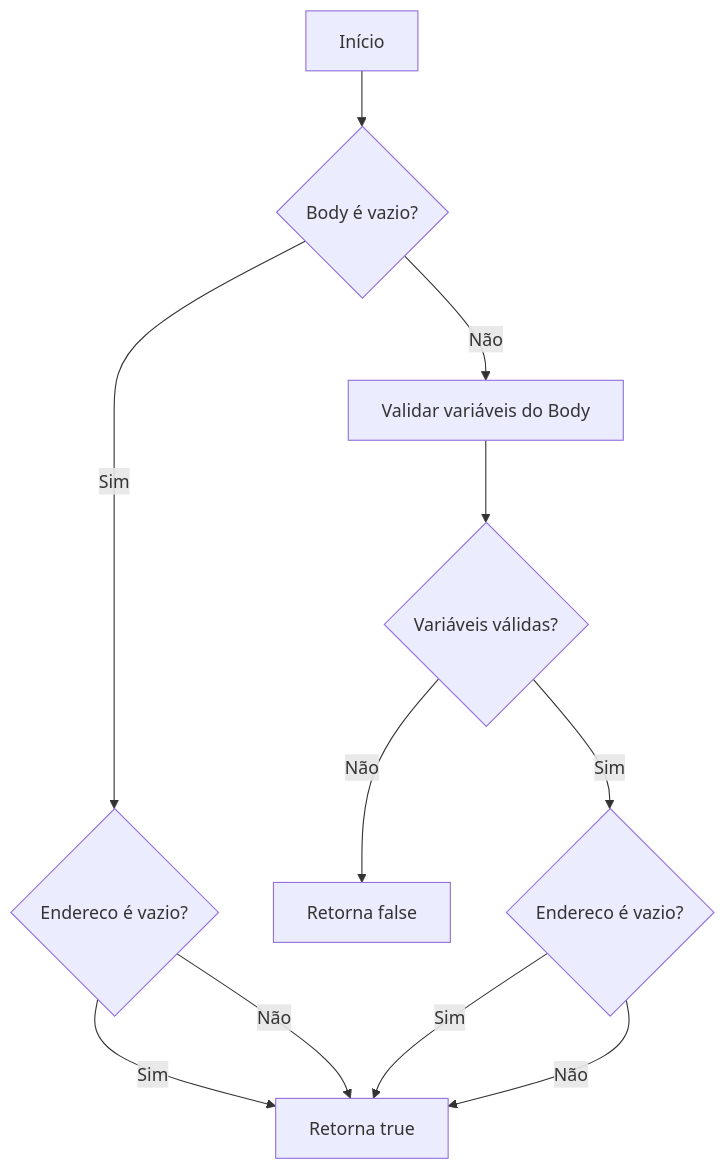
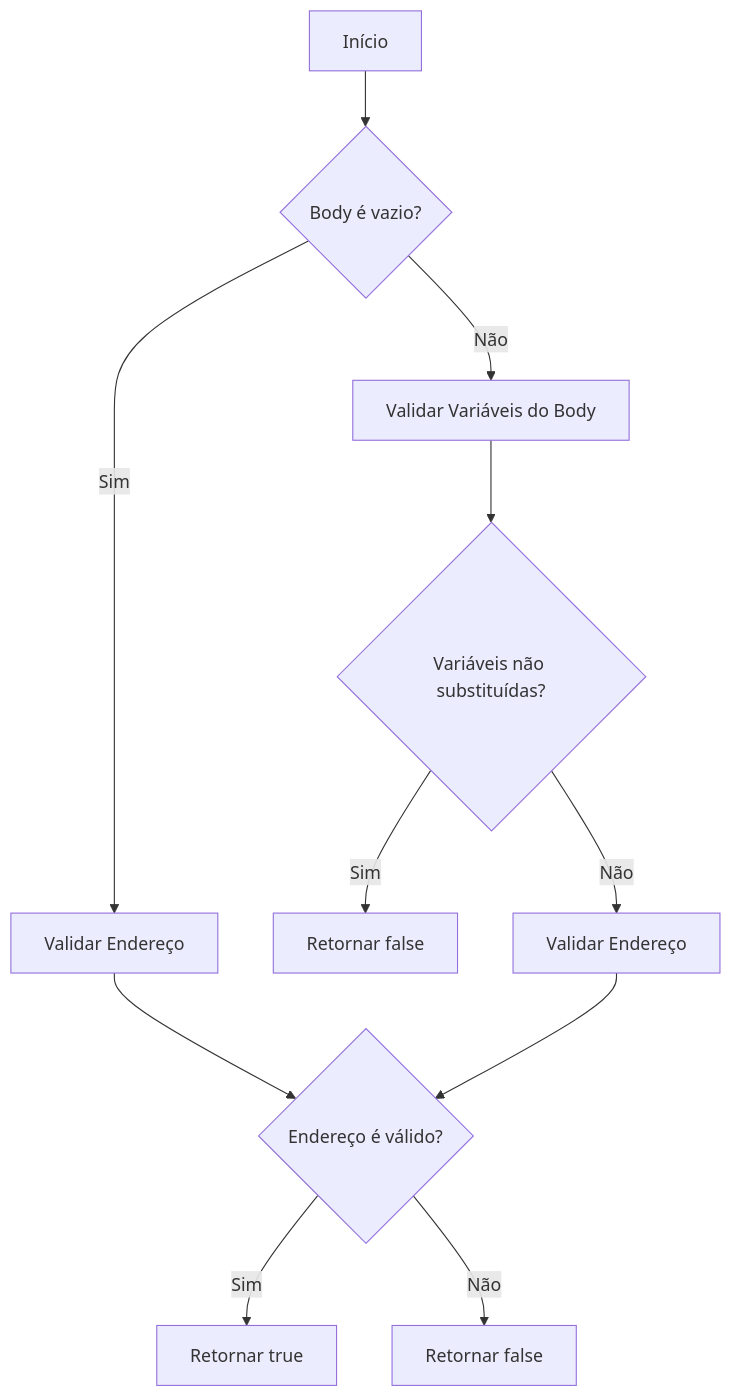
One commit to IsthmusSistemas/documentacao-tecnica changed the first of 2 diagrams in docs/b2b-dominio/IsthmusWinthor.Nucleo/IsthmusWinthor.Dominio/POCO/EndpointLogicApp.md. Above: the diagram before and after it, drawn with Mermaid. The commit also changed other lines of this file and 882 other files, not shown here.

````diff
--- a/docs/b2b-dominio/IsthmusWinthor.Nucleo/IsthmusWinthor.Dominio/POCO/EndpointLogicApp.md
+++ b/docs/b2b-dominio/IsthmusWinthor.Nucleo/IsthmusWinthor.Dominio/POCO/EndpointLogicApp.md
@@ -18,13 +19,13 @@
 ```mermaid
 flowchart TD
     A[Início] --> B{Body é vazio?}
-    B -- Sim --> C{Endereco é vazio?}
-    C -- Sim --> D[Retorna false]
-    C -- Não --> D[Retorna true]
-    B -- Não --> E[Validar variáveis do Body]
-    E --> F{Variáveis válidas?}
-    F -- Não --> G[Retorna false]
-    F -- Sim --> H{Endereco é vazio?}
-    H -- Sim --> D[Retorna false]
-    H -- Não --> D[Retorna true]
+    B -- Sim --> C[Validar Endereço]
+    C --> D{Endereço é válido?}
+    D -- Sim --> F[Retornar true]
+    D -- Não --> G[Retornar false]
+    B -- Não --> E[Validar Variáveis do Body]
+    E --> H{Variáveis não substituídas?}
+    H -- Sim --> I[Retornar false]
+    H -- Não --> J[Validar Endereço]
+    J --> D
 ```
````
